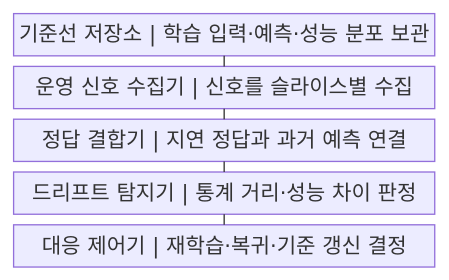
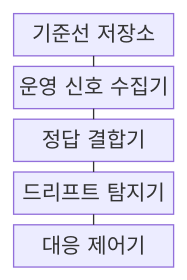
Before and after one commit to agnusdei1207/knowledge-base: the first of 2 diagrams in src/content/docs/notes/03-software/206_model_monitoring_drift_detection.md, drawn with Mermaid. The commit also changed other lines of this file and 238 other files, not shown here.

````diff
--- a/src/content/docs/notes/03-software/206_model_monitoring_drift_detection.md
+++ b/src/content/docs/notes/03-software/206_model_monitoring_drift_detection.md
@@ -57,13 +61,13 @@
 ```mermaid
-block
+block-beta
     columns 1
-    A["기준선 저장소 | 학습 입력·예측·성능 분포 보관"]
-    B["운영 신호 수집기 | 신호를 슬라이스별 수집"]
-    C["정답 결합기 | 지연 정답과 과거 예측 연결"]
-    D["드리프트 탐지기 | 통계 거리·성능 차이 판정"]
-    E["대응 제어기 | 재학습·복귀·기준 갱신 결정"]
+    A["기준선 저장소"]
+    B["운영 신호 수집기"]
+    C["정답 결합기"]
+    D["드리프트 탐지기"]
+    E["대응 제어기"]
     A --- B
     B --- C
     C --- D
     D --- E
 ```
````
